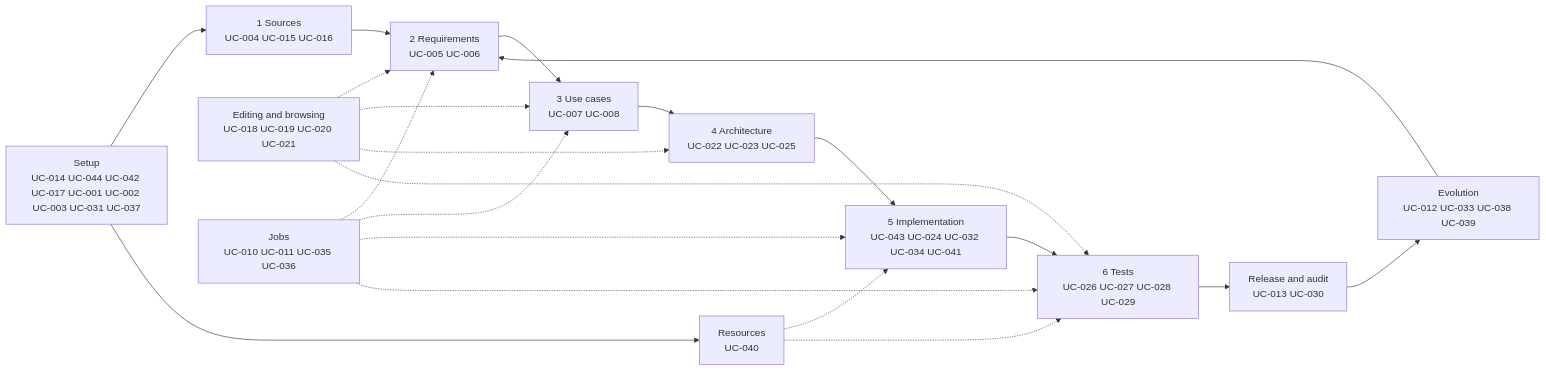
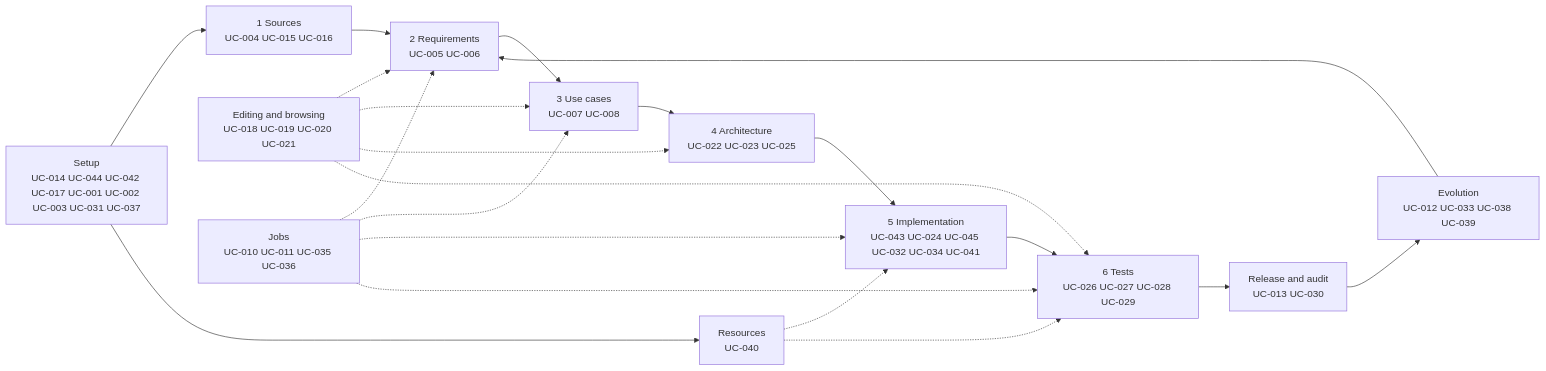
One commit to akmaier/agent-m changed the diagram in docs/use-cases/README.md. Above: the diagram before and after it, drawn with Mermaid. The commit also changed other lines of this file and 12 other files, not shown here.

````diff
--- a/docs/use-cases/README.md
+++ b/docs/use-cases/README.md
@@ -118,16 +119,16 @@
 ```mermaid
 flowchart LR
     S[Setup<br/>UC-014 UC-044 UC-042 UC-017 UC-001 UC-002 UC-003 UC-031 UC-037] --> Q[1 Sources<br/>UC-004 UC-015 UC-016]
     S --> RES[Resources<br/>UC-040]
     Q --> R[2 Requirements<br/>UC-005 UC-006]
     R --> U[3 Use cases<br/>UC-007 UC-008]
     U --> A[4 Architecture<br/>UC-022 UC-023 UC-025]
-    A --> I[5 Implementation<br/>UC-043 UC-024 UC-032 UC-034 UC-041]
+    A --> I[5 Implementation<br/>UC-043 UC-024 UC-045 UC-032 UC-034 UC-041]
     I --> T[6 Tests<br/>UC-026 UC-027 UC-028 UC-029]
     T --> REL[Release and audit<br/>UC-013 UC-030]
     REL --> E[Evolution<br/>UC-012 UC-033 UC-038 UC-039]
     E --> R
     ED[Editing and browsing<br/>UC-018 UC-019 UC-020 UC-021] -.-> R & U & A & T
     J[Jobs<br/>UC-010 UC-011 UC-035 UC-036] -.-> R & U & I & T
     RES -.-> I & T
 ```
````
